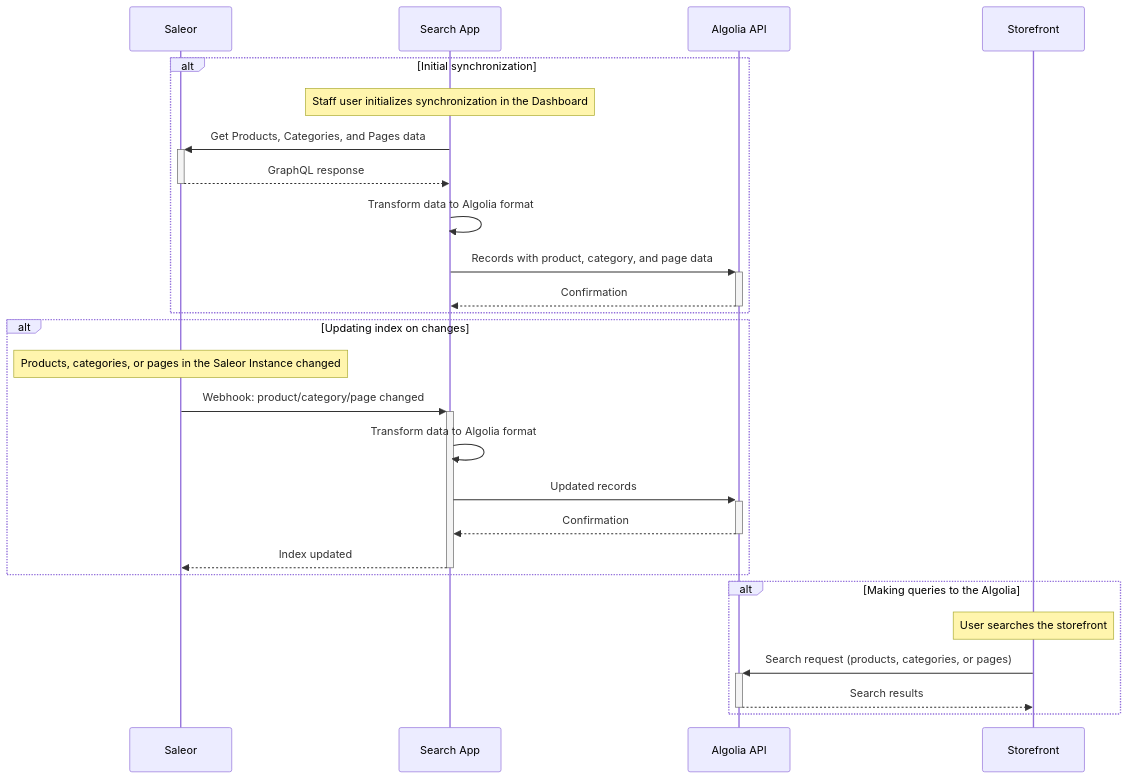
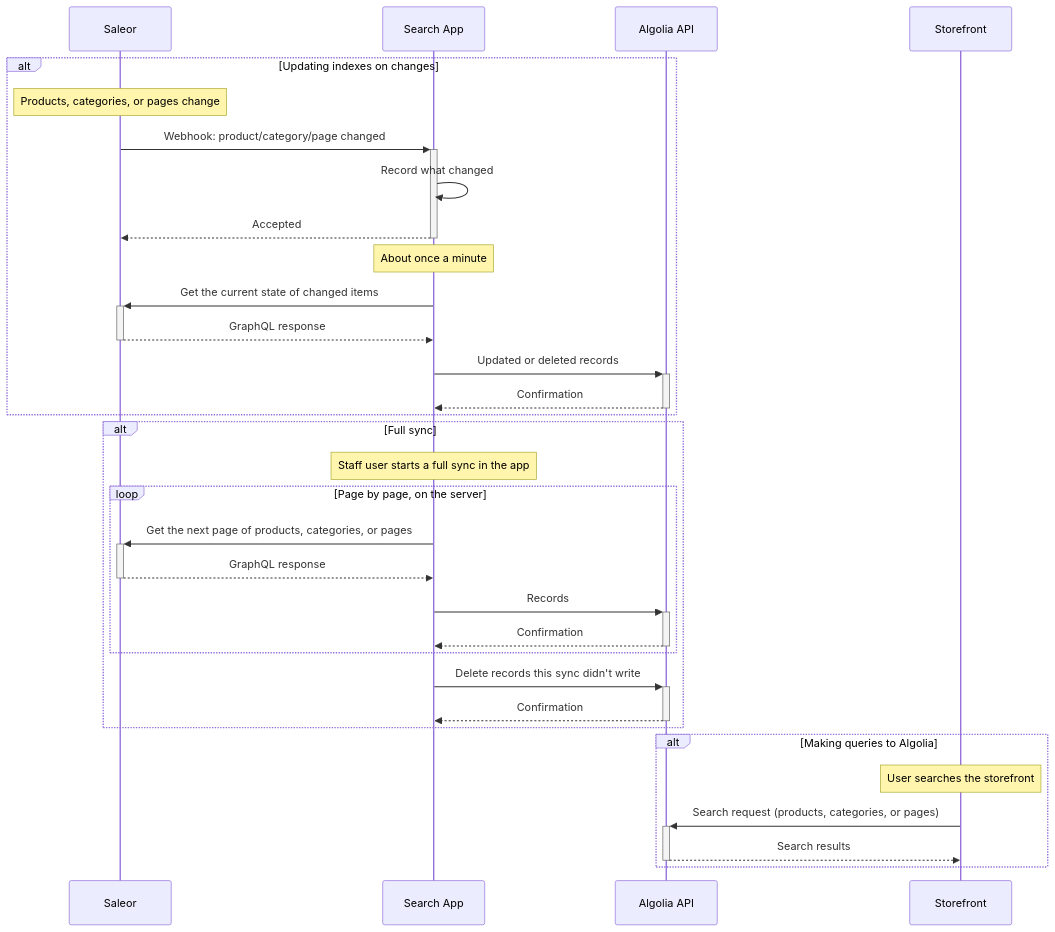
The diagram in docs/developer/app-store/apps/search.mdx (saleor/saleor-docs), drawn with Mermaid before and after one commit. The commit also changed other lines of this file and 1 other file, not shown here.

First line of the commit message:
docs(search): document server-side sync, sync status, and new settings UI (#1895)

````diff
--- a/docs/developer/app-store/apps/search.mdx
+++ b/docs/developer/app-store/apps/search.mdx
@@ -65,36 +73,41 @@
 ```mermaid
 sequenceDiagram
     participant Saleor
     participant Search App
     participant Algolia API
     participant Storefront
 
+    alt Updating indexes on changes
+        Note over Saleor: Products, categories, or pages change
 
-    alt Initial synchronization
-        Note over Search App: Staff user initializes synchronization in the Dashboard
+        Saleor->>+Search App: Webhook: product/category/page changed
+        Search App->>Search App: Record what changed
+        Search App-->>-Saleor: Accepted
 
-        Search App->>+Saleor: Get Products, Categories, and Pages data
+        Note over Search App: About once a minute
+        Search App->>+Saleor: Get the current state of changed items
         Saleor-->>-Search App: GraphQL response
-        Search App->>Search App: Transform data to Algolia format
-        Search App->>+Algolia API: Records with product, category, and page data
+        Search App->>+Algolia API: Updated or deleted records
         Algolia API-->>-Search App: Confirmation
     end
 
-    alt Updating index on changes
-        Note over Saleor: Products, categories, or pages in the Saleor Instance changed
+    alt Full sync
+        Note over Search App: Staff user starts a full sync in the app
 
-        Saleor->>+Search App: Webhook: product/category/page changed
-        Search App->>Search App: Transform data to Algolia format
-        Search App->>+Algolia API: Updated records
+        loop Page by page, on the server
+            Search App->>+Saleor: Get the next page of products, categories, or pages
+            Saleor-->>-Search App: GraphQL response
+            Search App->>+Algolia API: Records
+            Algolia API-->>-Search App: Confirmation
+        end
+        Search App->>+Algolia API: Delete records this sync didn't write
         Algolia API-->>-Search App: Confirmation
-        Search App-->>-Saleor: Index updated
     end
 
-    alt Making queries to the Algolia
+    alt Making queries to Algolia
         Note over Storefront: User searches the storefront
 
         Storefront->>+Algolia API: Search request (products, categories, or pages)
         Algolia API-->>-Storefront: Search results
     end
-
 ```
````
